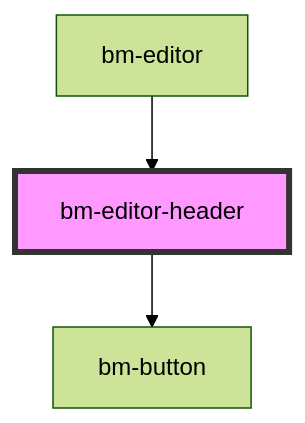
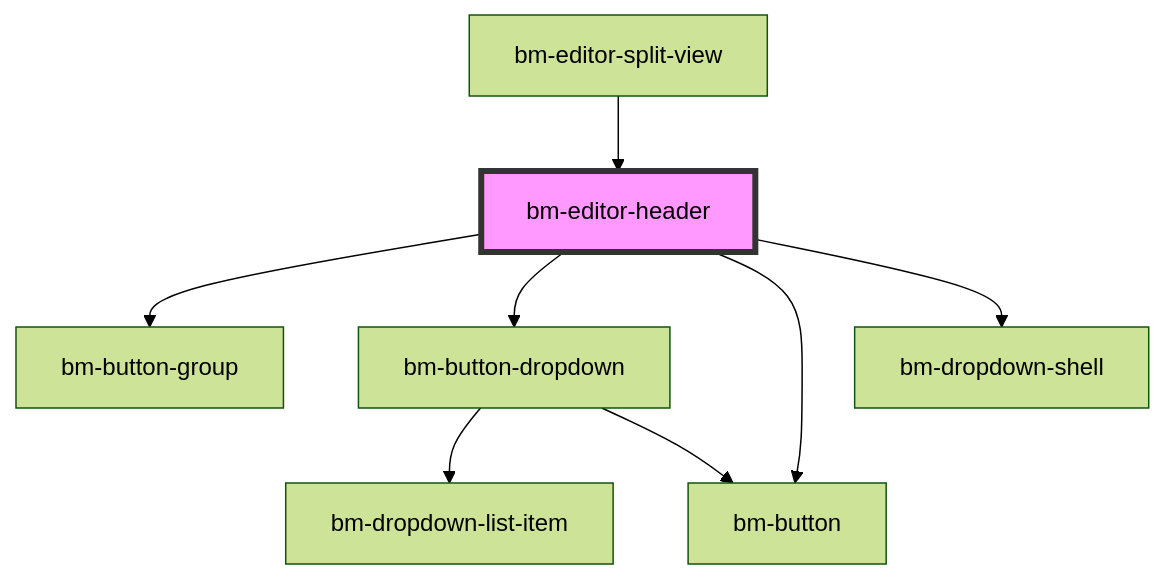
The diagram in packages/studio/src/components/editor/editor-header/readme.md (bettermusic/studio), drawn with Mermaid (forest theme) before and after one commit. The commit also changed other lines of this file and 170 other files, not shown here.

````diff
--- a/packages/studio/src/components/editor/editor-header/readme.md
+++ b/packages/studio/src/components/editor/editor-header/readme.md
@@ -19,6 +22,11 @@
 ```mermaid
 graph TD;
+  bm-editor-header --> bm-button-group
+  bm-editor-header --> bm-button-dropdown
   bm-editor-header --> bm-button
-  bm-editor --> bm-editor-header
+  bm-editor-header --> bm-dropdown-shell
+  bm-button-dropdown --> bm-dropdown-list-item
+  bm-button-dropdown --> bm-button
+  bm-editor-split-view --> bm-editor-header
   style bm-editor-header fill:#f9f,stroke:#333,stroke-width:4px
 ```
````
